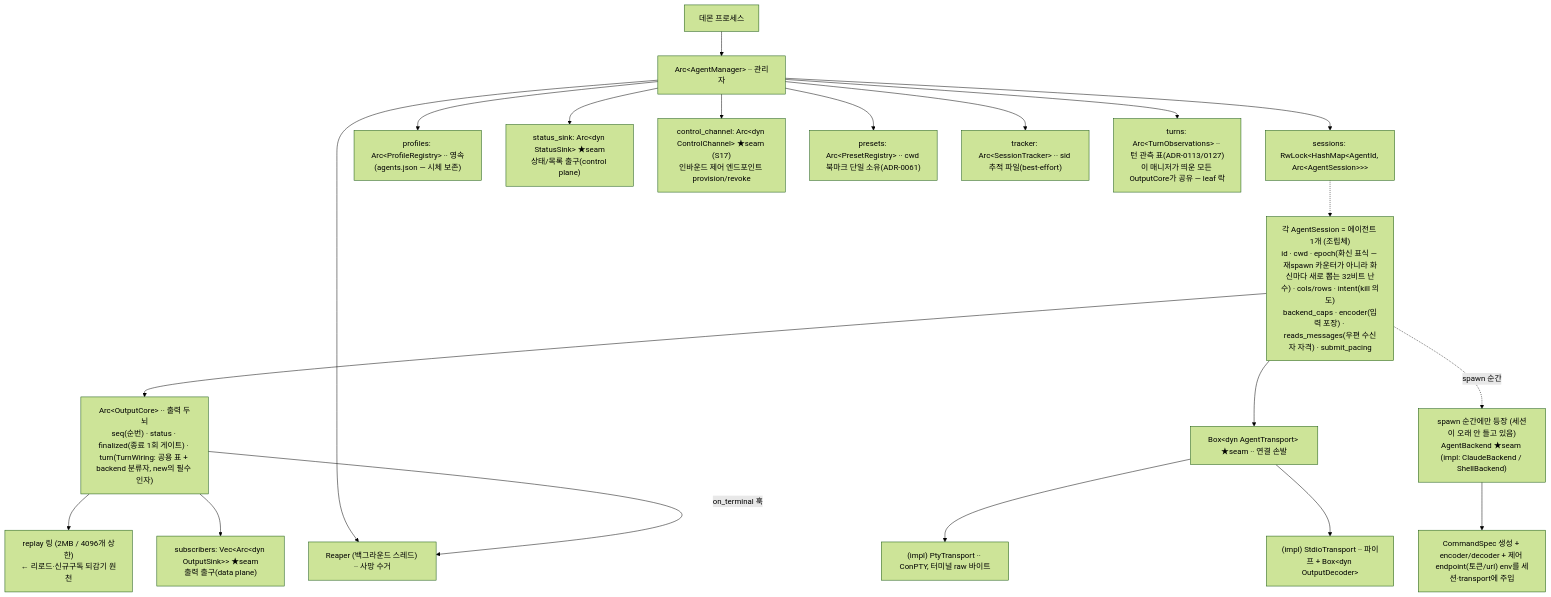
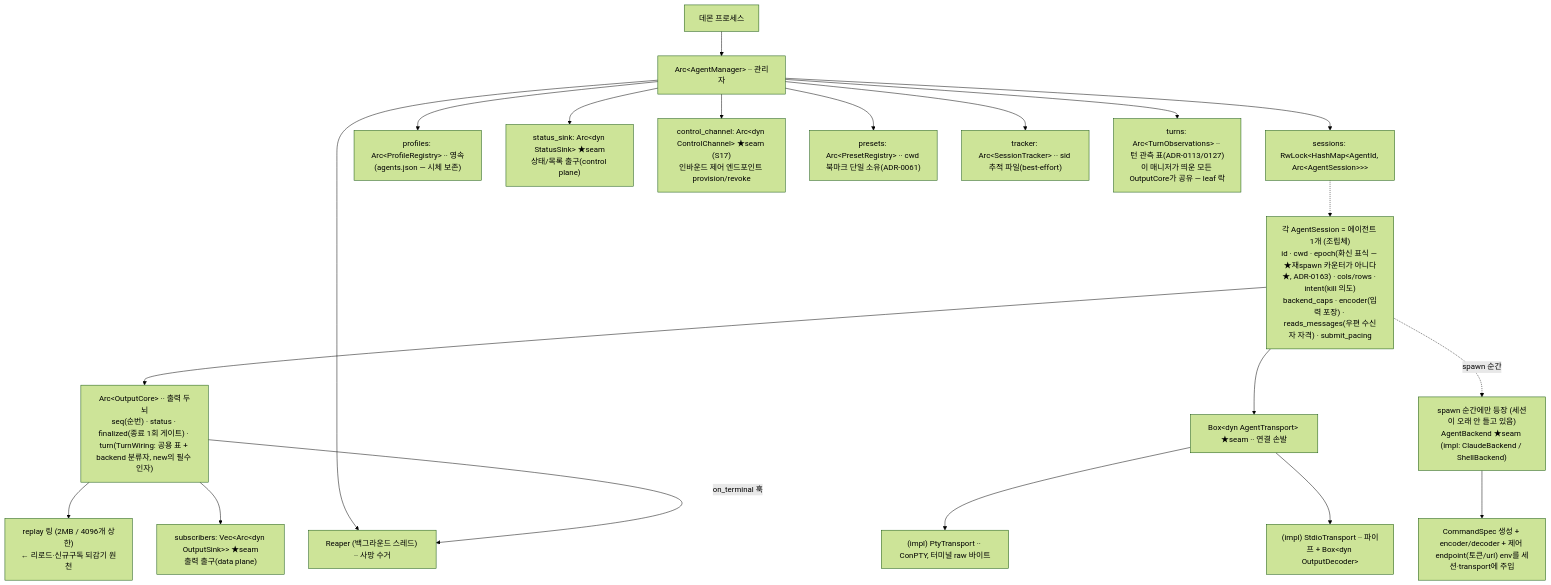
The fourth of 20 diagrams in docs/reference/architecture-overview.md (kimsunzun/engram-dashboard), drawn with Mermaid (forest theme) before and after one commit. The commit also changed other lines of this file, not shown here.

First line of the commit message:
S20: docs(reference): 조감도의 중복을 걷는다 — ADR 맵·화신 표식·불변식 절

````diff
--- a/docs/reference/architecture-overview.md
+++ b/docs/reference/architecture-overview.md
@@ -203,30 +203,30 @@
 ```mermaid
 flowchart TD
   DP["데몬 프로세스"]
   AM["Arc&lt;AgentManager&gt; ·· 관리자"]
   DP --> AM
   AM --> SES["sessions: RwLock&lt;HashMap&lt;AgentId, Arc&lt;AgentSession&gt;&gt;&gt;"]
   AM --> PR["profiles: Arc&lt;ProfileRegistry&gt; ·· 영속(agents.json — 시체 보존)"]
   AM --> SS["status_sink: Arc&lt;dyn StatusSink&gt; ★seam<br/>상태/목록 출구(control plane)"]
   AM --> CC["control_channel: Arc&lt;dyn ControlChannel&gt; ★seam (S17)<br/>인바운드 제어 엔드포인트 provision/revoke"]
   AM --> RP["Reaper (백그라운드 스레드) ·· 사망 수거"]
   AM --> PS["presets: Arc&lt;PresetRegistry&gt; ·· cwd 북마크 단일 소유(ADR-0061)"]
   AM --> TR["tracker: Arc&lt;SessionTracker&gt; ·· sid 추적 파일(best-effort)"]
   AM --> TT["turns: Arc&lt;TurnObservations&gt; ·· 턴 관측 표(ADR-0113/0127)<br/>이 매니저가 띄운 모든 OutputCore가 공유 — leaf 락"]
 
-  AS["각 AgentSession = 에이전트 1개 (조립체)<br/>id · cwd · epoch(화신 표식 — 재spawn 카운터가 아니라 화신마다 새로 뽑는 32비트 난수) · cols/rows · intent(kill 의도)<br/>backend_caps · encoder(입력 포장) · reads_messages(우편 수신자 자격) · submit_pacing"]
+  AS["각 AgentSession = 에이전트 1개 (조립체)<br/>id · cwd · epoch(화신 표식 — ★재spawn 카운터가 아니다★, ADR-0163) · cols/rows · intent(kill 의도)<br/>backend_caps · encoder(입력 포장) · reads_messages(우편 수신자 자격) · submit_pacing"]
   SES -.-> AS
 
   AS --> OC["Arc&lt;OutputCore&gt; ·· 출력 두뇌<br/>seq(순번) · status · finalized(종료 1회 게이트) · turn(TurnWiring: 공용 표 + backend 분류자, new의 필수 인자)"]
   OC --> RING["replay 링 (2MB / 4096개 상한)<br/>← 리로드·신규구독 되감기 원천"]
   OC --> SUB["subscribers: Vec&lt;Arc&lt;dyn OutputSink&gt;&gt; ★seam<br/>출력 출구(data plane)"]
   OC -->|"on_terminal 훅"| RP
 
   AS --> TRANS["Box&lt;dyn AgentTransport&gt; ★seam ·· 연결 손발"]
   TRANS --> PTY["(impl) PtyTransport ·· ConPTY, 터미널 raw 바이트"]
   TRANS --> STDIO["(impl) StdioTransport ·· 파이프 + Box&lt;dyn OutputDecoder&gt;"]
 
   BK["spawn 순간에만 등장 (세션이 오래 안 들고 있음)<br/>AgentBackend ★seam (impl: ClaudeBackend / ShellBackend)"]
   BK --> BKspec["CommandSpec 생성 + encoder/decoder + 제어 endpoint(토큰/url) env를 세션·transport에 주입"]
   AS -.->|"spawn 순간"| BK
 ```
````
